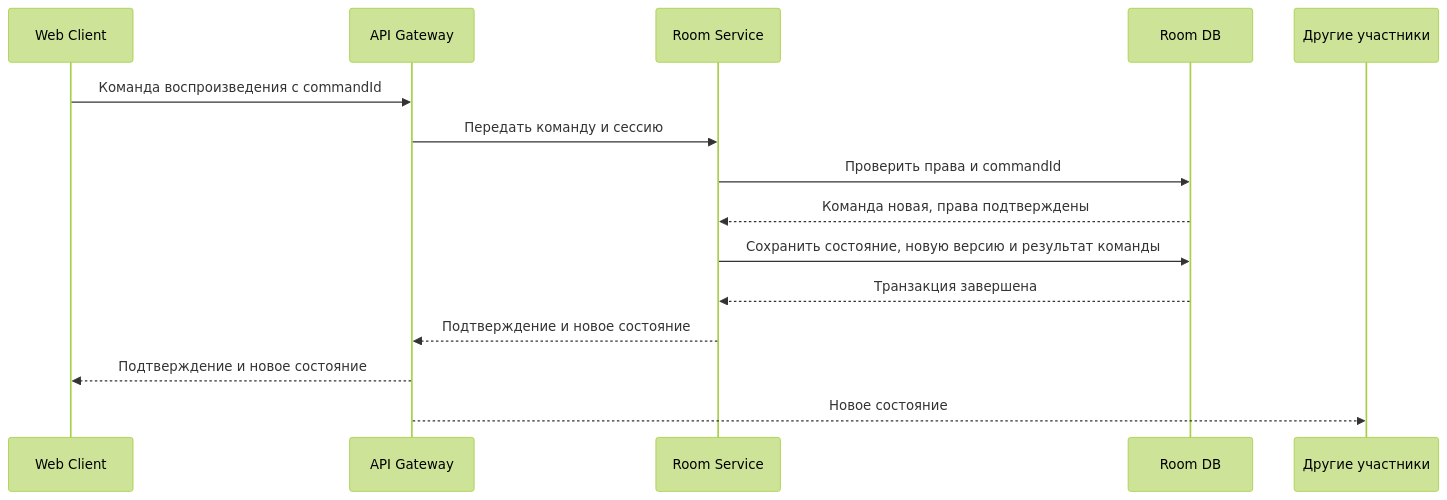
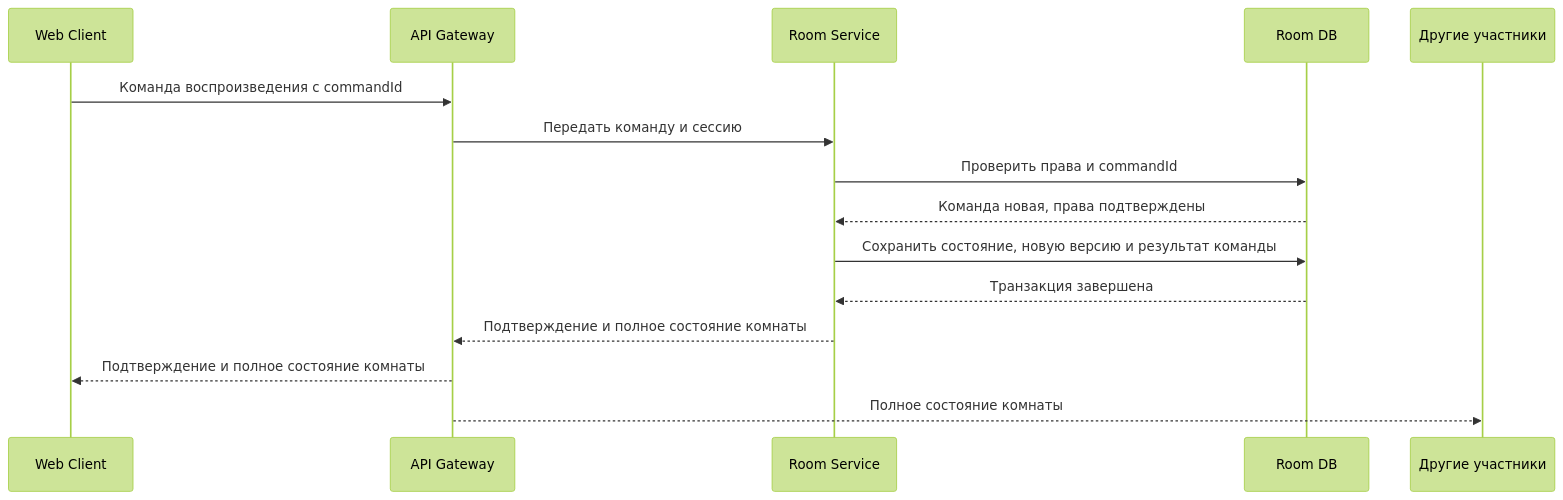
The third of 9 diagrams in docs/tr.md (spbu-ds-practicum-2026/KpyTble_6o6pbl), drawn with Mermaid (forest theme) before and after one commit. The commit also changed other lines of this file, not shown here.

````diff
--- a/docs/tr.md
+++ b/docs/tr.md
@@ -238,18 +239,18 @@
 ```mermaid
 sequenceDiagram
     participant Client as Web Client
     participant Gateway as API Gateway
     participant Room as Room Service
     participant DB as Room DB
     participant Others as Другие участники
 
     Client->>Gateway: Команда воспроизведения с commandId
     Gateway->>Room: Передать команду и сессию
     Room->>DB: Проверить права и commandId
     DB-->>Room: Команда новая, права подтверждены
     Room->>DB: Сохранить состояние, новую версию и результат команды
     DB-->>Room: Транзакция завершена
-    Room-->>Gateway: Подтверждение и новое состояние
-    Gateway-->>Client: Подтверждение и новое состояние
-    Gateway-->>Others: Новое состояние
+    Room-->>Gateway: Подтверждение и полное состояние комнаты
+    Gateway-->>Client: Подтверждение и полное состояние комнаты
+    Gateway-->>Others: Полное состояние комнаты
 ```
````
